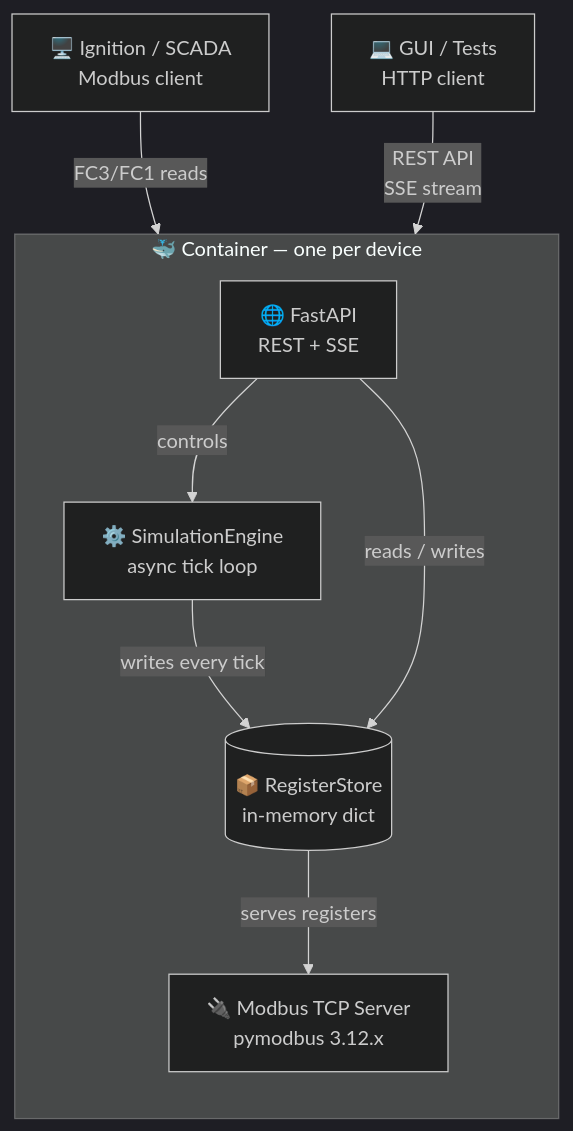
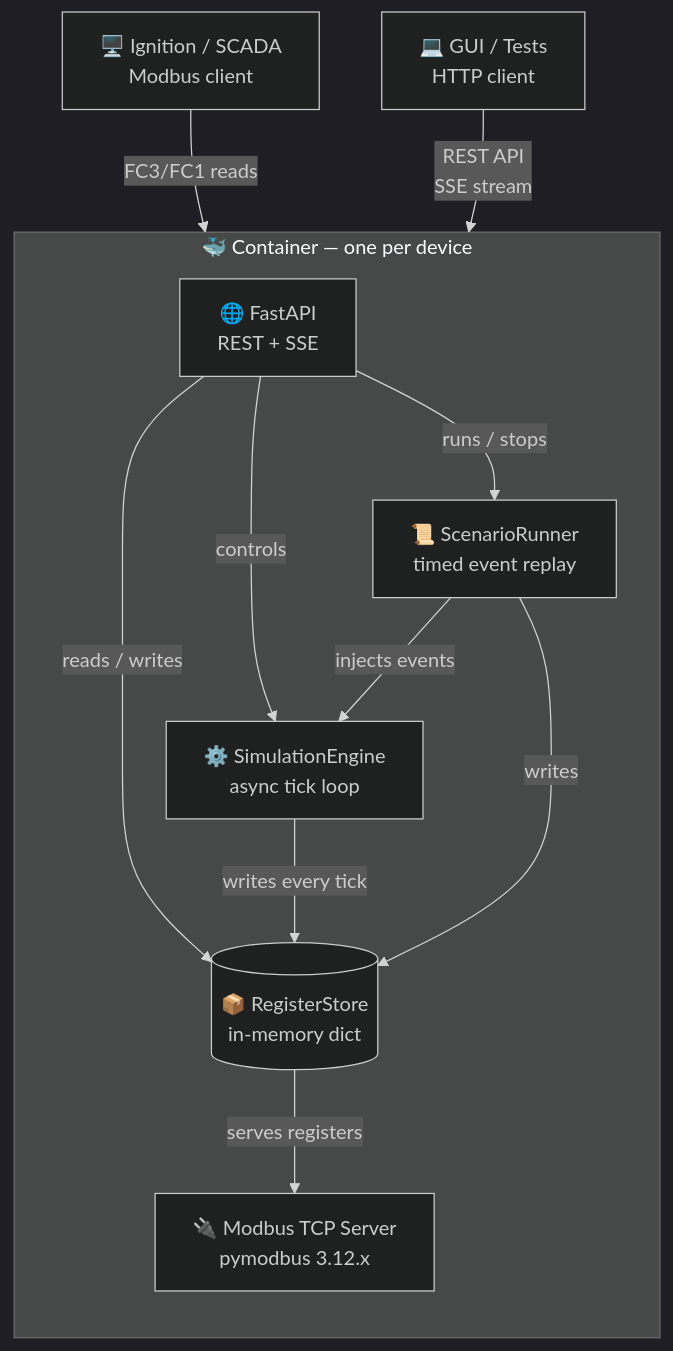
The second of 9 diagrams in README.md (obsidia-systems/simbus), drawn with Mermaid (dark theme) before and after one commit. The commit also changed other lines of this file and 2 other files, not shown here.

Commit message:
Add scenario engine documentation and examples for YAML-based event sequences

````diff
--- a/README.md
+++ b/README.md
@@ -158,21 +156,25 @@
 ```mermaid
 flowchart TB
     subgraph container["🐳 Container — one per device"]
         direction TB
         engine["⚙️ SimulationEngine\nasync tick loop"]
         store[("📦 RegisterStore\nin-memory dict")]
         modbus["🔌 Modbus TCP Server\npymodbus 3.12.x"]
         api["🌐 FastAPI\nREST + SSE"]
+        scenario["📜 ScenarioRunner\ntimed event replay"]
 
         engine -- "writes every tick" --> store
         store -- "serves registers" --> modbus
         api -- "reads / writes" --> store
         api -- "controls" --> engine
+        api -- "runs / stops" --> scenario
+        scenario -- "injects events" --> engine
+        scenario -- "writes" --> store
     end
 
     scada["🖥️ Ignition / SCADA\nModbus client"]
     gui["💻 GUI / Tests\nHTTP client"]
 
     scada -- "FC3/FC1 reads" --> modbus
     gui -- "REST API\nSSE stream" --> api
 ```
````
